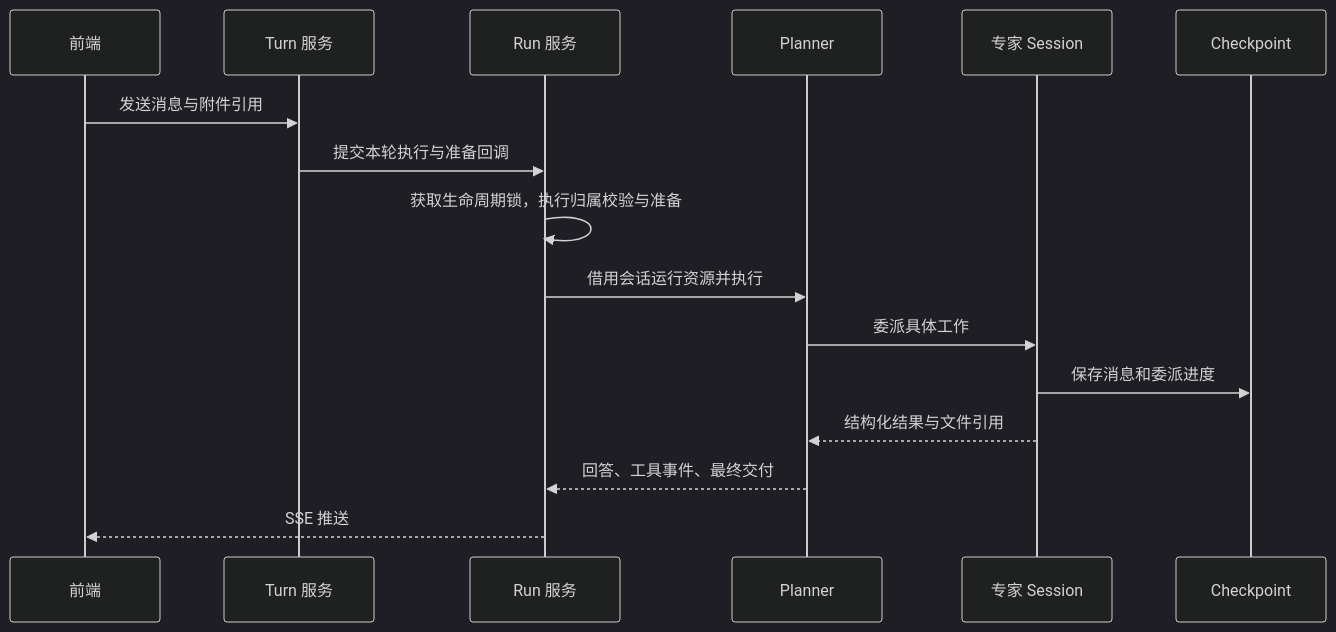
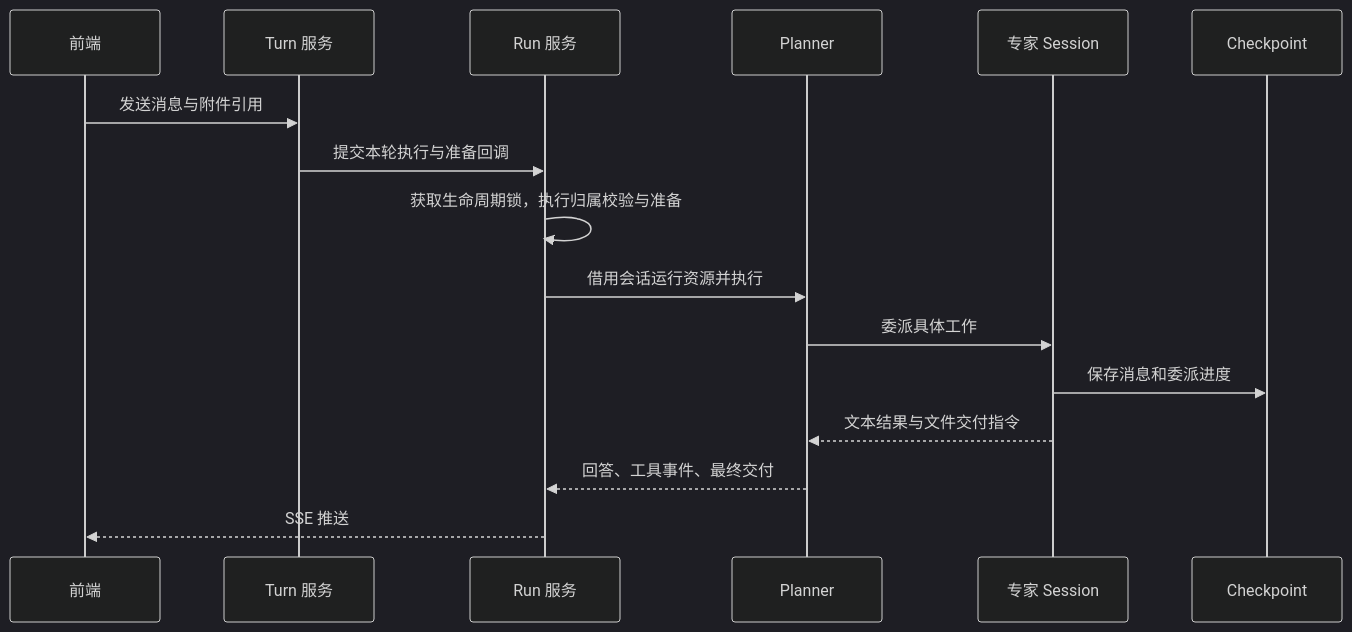
One commit to 2739673455/dataagent changed the second of 2 diagrams in docs/06_对话与多智能体协作.md. Above: the diagram before and after it, drawn with Mermaid (dark theme). The commit also changed other lines of this file and 39 other files, not shown here.

````diff
--- a/docs/06_对话与多智能体协作.md
+++ b/docs/06_对话与多智能体协作.md
@@ -75,18 +75,18 @@
 ```mermaid
 sequenceDiagram
     participant UI as 前端
     participant Turn as Turn 服务
     participant Run as Run 服务
     participant Planner as Planner
     participant Expert as 专家 Session
     participant PG as Checkpoint
     UI->>Turn: 发送消息与附件引用
     Turn->>Run: 提交本轮执行与准备回调
     Run->>Run: 获取生命周期锁，执行归属校验与准备
     Run->>Planner: 借用会话运行资源并执行
     Planner->>Expert: 委派具体工作
     Expert->>PG: 保存消息和委派进度
-    Expert-->>Planner: 结构化结果与文件引用
+    Expert-->>Planner: 文本结果与文件交付指令
     Planner-->>Run: 回答、工具事件、最终交付
     Run-->>UI: SSE 推送
 ```
````
